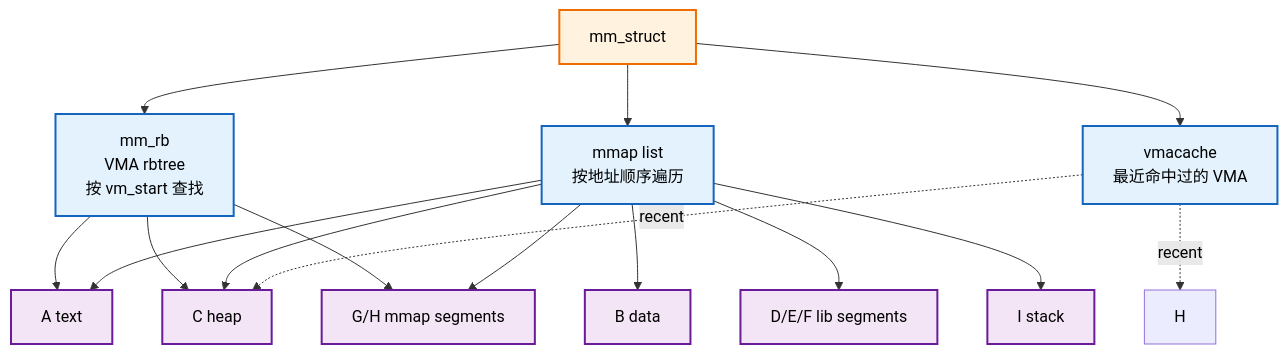
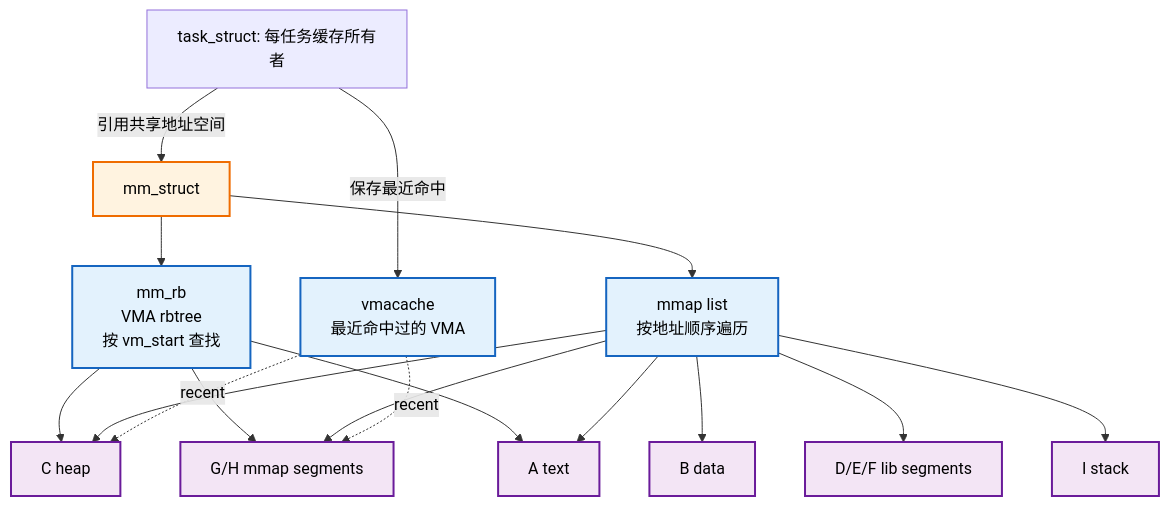
One commit to FormingSystem/linux_note changed the fourth of 16 diagrams in knowledge/linux/data_structures/红黑树_rb-tree/P14_Maple_Tree_与_VMA_管理.md. Above: the diagram before and after it, drawn with Mermaid. The commit also changed other lines of this file and 23 other files, not shown here.

````diff
--- a/knowledge/linux/data_structures/红黑树_rb-tree/P14_Maple_Tree_与_VMA_管理.md
+++ b/knowledge/linux/data_structures/红黑树_rb-tree/P14_Maple_Tree_与_VMA_管理.md
@@ -462,39 +416,40 @@
 ```mermaid
 flowchart TD
 	mm["mm_struct"]
 
 	rb["mm_rb<br/>VMA rbtree<br/>按 vm_start 查找"]
 	list["mmap list<br/>按地址顺序遍历"]
 	cache["vmacache<br/>最近命中过的 VMA"]
 
 	A["A text"]
 	B["B data"]
 	C["C heap"]
 	D["D/E/F lib segments"]
 	G["G/H mmap segments"]
 	I["I stack"]
 
 	mm --> rb
 	mm --> list
-	mm --> cache
+	task["task_struct: 每任务缓存所有者"] -->|保存最近命中| cache
+	task -->|引用共享地址空间| mm
 
 	rb --> A
 	rb --> C
 	rb --> G
 	list --> A
 	list --> B
 	list --> C
 	list --> D
 	list --> G
 	list --> I
 	cache -.recent.-> C
-	cache -.recent.-> H
+	cache -.recent.-> G
 
 	classDef root fill:#fff3e0,stroke:#ef6c00,color:#000,stroke-width:2px;
 	classDef index fill:#e3f2fd,stroke:#1565c0,color:#000,stroke-width:2px;
 	classDef vma fill:#f3e5f5,stroke:#6a1b9a,color:#000,stroke-width:2px;
 
 	class mm root;
 	class rb,list,cache index;
 	class A,B,C,D,G,I vma;
 ```
````
